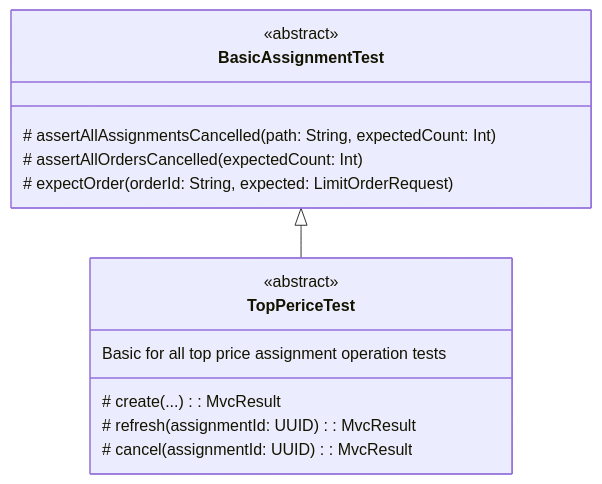
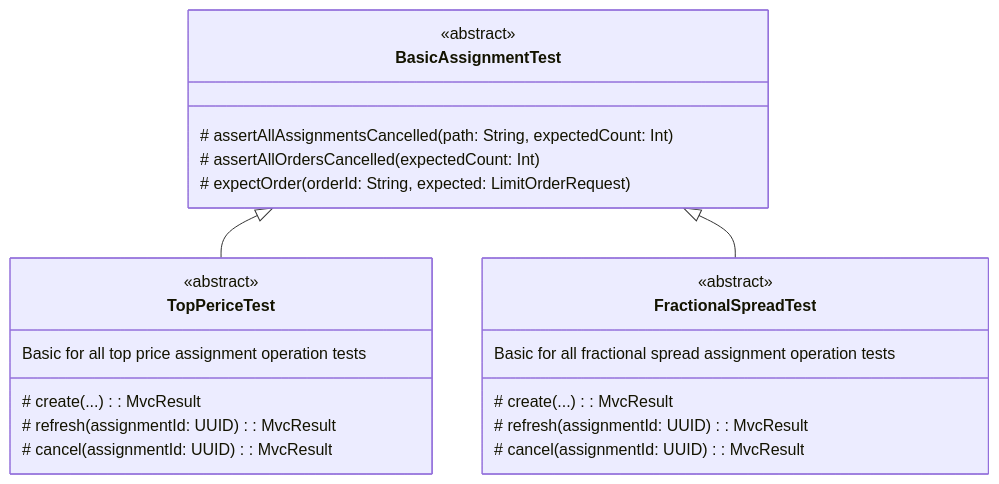
The diagram in src/test/kotlin/ru/pashkovske/buratino/integration/assignment/code.md (pashkovske/buratino), drawn with Mermaid before and after one commit. The commit also changed 4 other files, not shown here.

Commit message:
refactor fractional spread assignments test

````diff
--- a/src/test/kotlin/ru/pashkovske/buratino/integration/assignment/code.md
+++ b/src/test/kotlin/ru/pashkovske/buratino/integration/assignment/code.md
@@ -19,18 +19,26 @@
 ```mermaid
 classDiagram
     class BasicAssignmentTest {
         <<abstract>>
         # assertAllAssignmentsCancelled(path: String, expectedCount: Int)
         # assertAllOrdersCancelled(expectedCount: Int)
         # expectOrder(orderId: String, expected: LimitOrderRequest)
     }
     class TopPericeTest {
         <<abstract>>
         Basic for all top price assignment operation tests
         # create(...): MvcResult
         # refresh(assignmentId: UUID): MvcResult
         # cancel(assignmentId: UUID): MvcResult
     }
+    class FractionalSpreadTest {
+        <<abstract>>
+        Basic for all fractional spread assignment operation tests
+        # create(...): MvcResult
+        # refresh(assignmentId: UUID): MvcResult
+        # cancel(assignmentId: UUID): MvcResult
+    }
 
     BasicAssignmentTest <|-- TopPericeTest
+    BasicAssignmentTest <|-- FractionalSpreadTest
 ```
````
